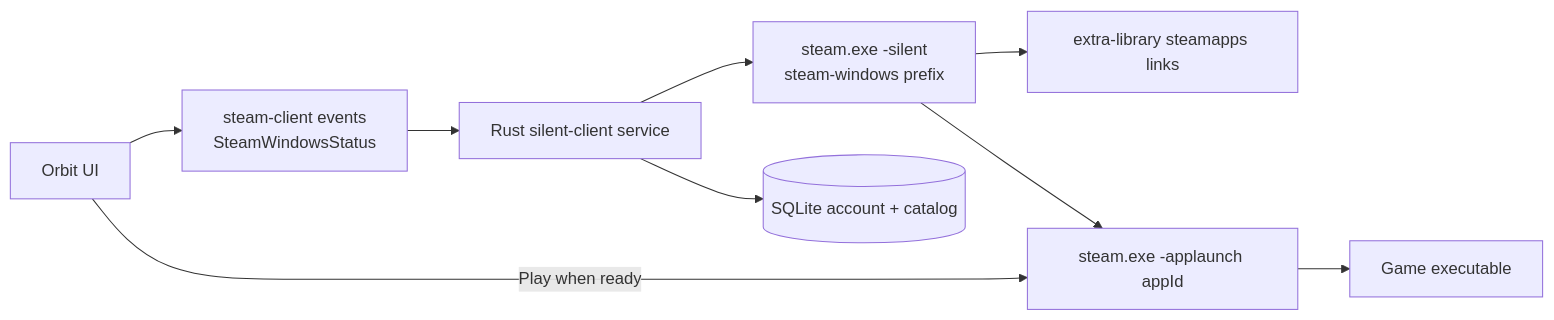
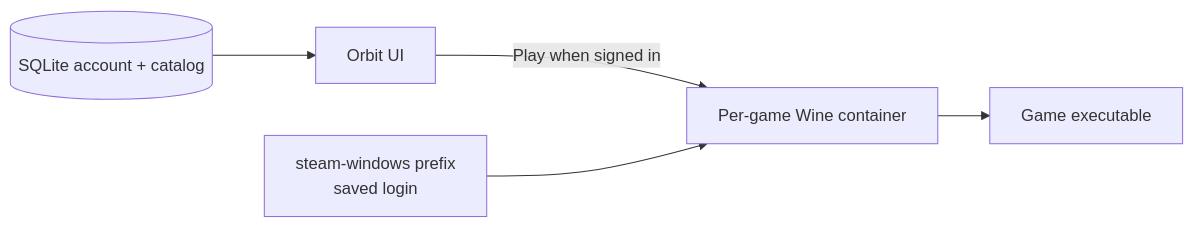
The second of 2 diagrams in docs/DESIGN_DOC.mdc (LFSCamargo/orbit), drawn with Mermaid before and after one commit. The commit also changed other lines of this file and 150 other files, not shown here.

First line of the commit message:
feat(containers): CrossOver-class Orbit Wine with D3DMetal and Steam sign-in seeding

````diff
--- a/docs/DESIGN_DOC.mdc
+++ b/docs/DESIGN_DOC.mdc
@@ -234,19 +236,12 @@
 ```mermaid
 flowchart LR
   ui[Orbit UI]
-  events["steam-client events\nSteamWindowsStatus"]
-  silent[Rust silent-client service]
-  steam["steam.exe -silent\nsteam-windows prefix"]
-  links[extra-library steamapps links]
-  launch["steam.exe -applaunch appId"]
+  sqlite[(SQLite account + catalog)]
+  seed["steam-windows prefix\nsaved login"]
+  container[Per-game Wine container]
   game[Game executable]
-  sqlite[(SQLite account + catalog)]
-  ui --> events
-  events --> silent
-  silent --> steam
-  silent --> sqlite
-  steam --> links
-  ui -->|"Play when ready"| launch
-  launch --> game
-  steam --> launch
+  ui -->|"Play when signed in"| container
+  sqlite --> ui
+  seed --> container
+  container --> game
 ```
````
